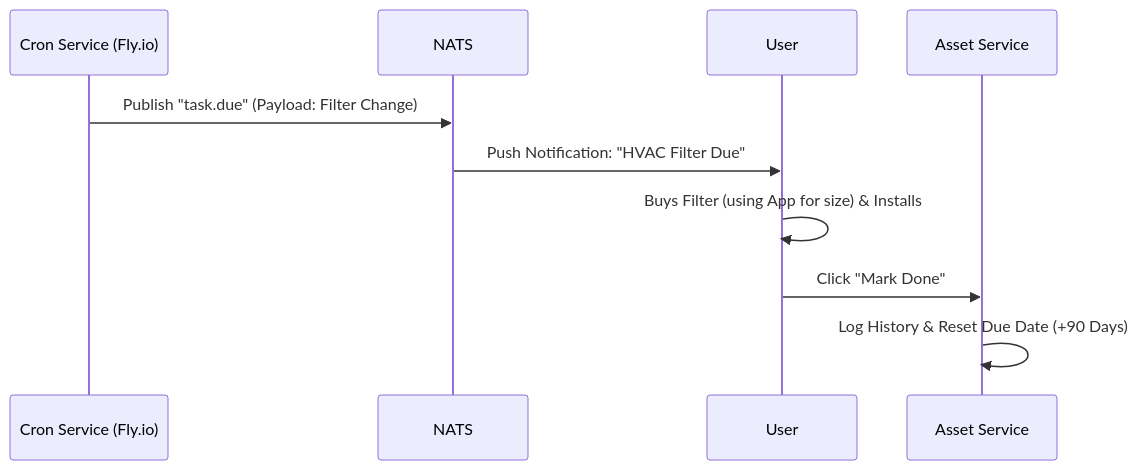
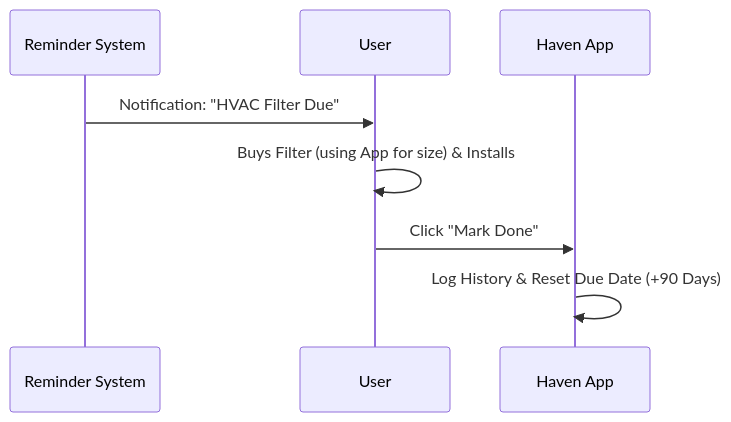
The third of 4 diagrams in docs/product-spec.md (abdihashii/haven), drawn with Mermaid before and after one commit. The commit also changed other lines of this file and 1 other file, not shown here.

Commit message:
docs: update architecture and product spec documents to reflect new system design, user flows, and technical stack changes

````diff
--- a/docs/product-spec.md
+++ b/docs/product-spec.md
@@ -82,14 +81,12 @@
 ```mermaid
 sequenceDiagram
-    participant C as Cron Service (Fly.io)
-    participant N as NATS
+    participant S as Reminder System
     participant U as User
-    participant A as Asset Service
+    participant App as Haven App
 
-    C->>N: Publish "task.due" (Payload: Filter Change)
-    N->>U: Push Notification: "HVAC Filter Due"
+    S->>U: Notification: "HVAC Filter Due"
 
     U->>U: Buys Filter (using App for size) & Installs
-    U->>A: Click "Mark Done"
-    A->>A: Log History & Reset Due Date (+90 Days)
+    U->>App: Click "Mark Done"
+    App->>App: Log History & Reset Due Date (+90 Days)
 ```
````
